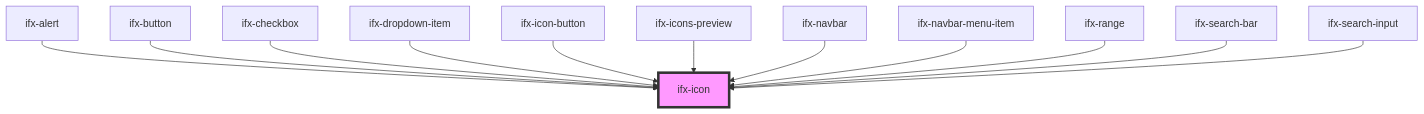
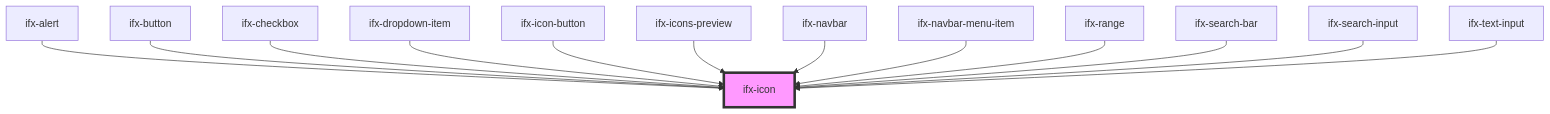
The diagram in src/components/icon/readme.md (Infineon/infineon-design-system-stencil), drawn with Mermaid before and after one commit. The commit also changed other lines of this file and 7 other files, not shown here.

````diff
--- a/src/components/icon/readme.md
+++ b/src/components/icon/readme.md
@@ -33,15 +34,16 @@
 ```mermaid
 graph TD;
   ifx-alert --> ifx-icon
   ifx-button --> ifx-icon
   ifx-checkbox --> ifx-icon
   ifx-dropdown-item --> ifx-icon
   ifx-icon-button --> ifx-icon
   ifx-icons-preview --> ifx-icon
   ifx-navbar --> ifx-icon
   ifx-navbar-menu-item --> ifx-icon
   ifx-range --> ifx-icon
   ifx-search-bar --> ifx-icon
   ifx-search-input --> ifx-icon
+  ifx-text-input --> ifx-icon
   style ifx-icon fill:#f9f,stroke:#333,stroke-width:4px
 ```
````
